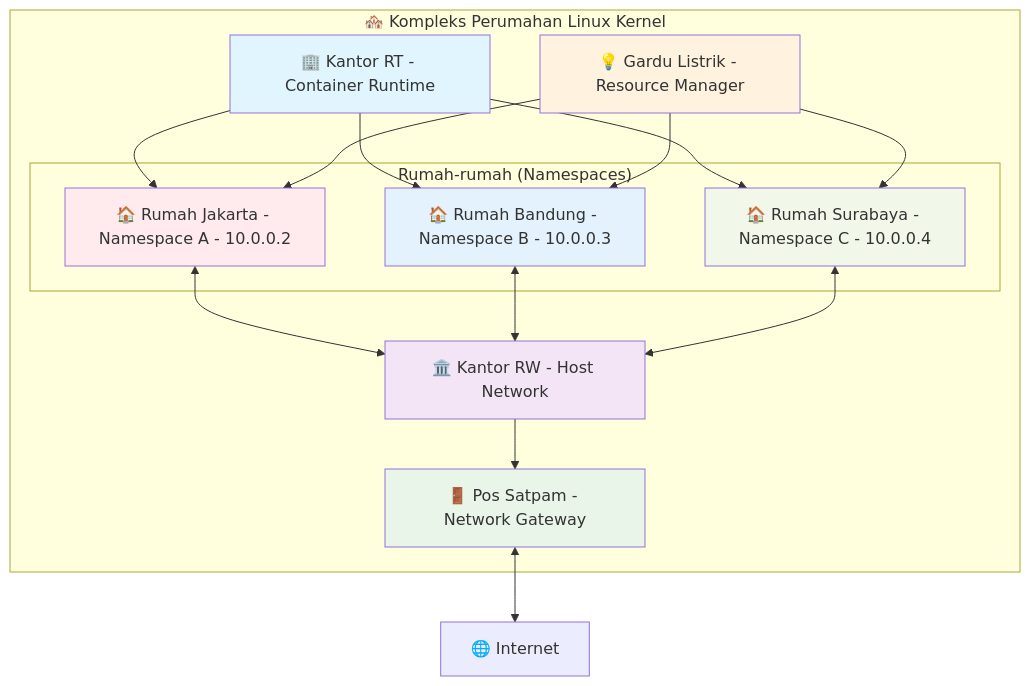
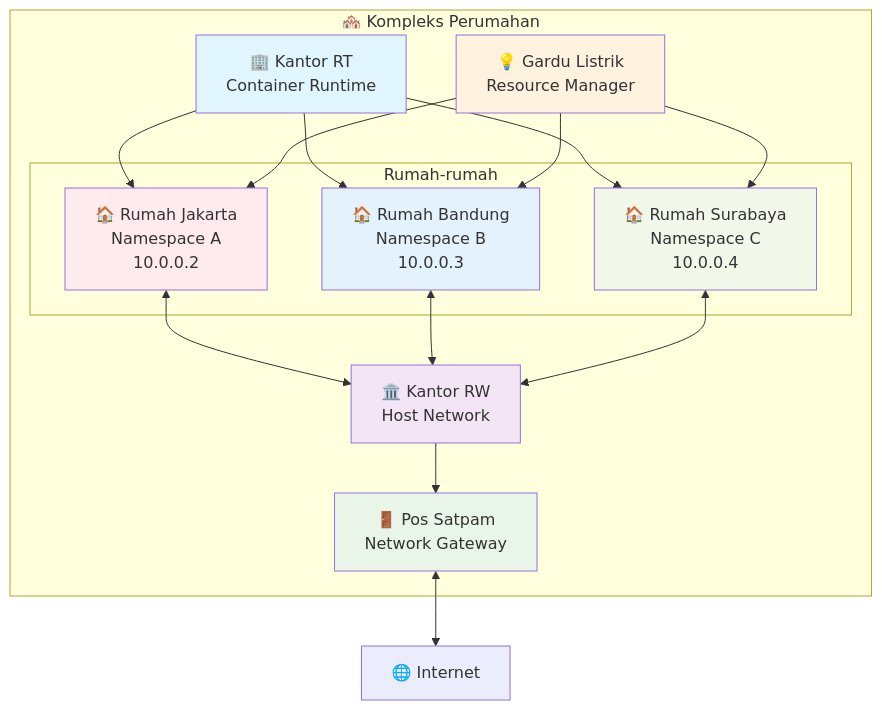
The first of 8 diagrams in docs/DIAGRAMS.md (tonidy/pak-rt), drawn with Mermaid before and after one commit. The commit also changed other lines of this file, not shown here.

First line of the commit message:
docs(diagrams): improve Mermaid diagram readability with line breaks

````diff
--- a/docs/DIAGRAMS.md
+++ b/docs/DIAGRAMS.md
@@ -16,39 +16,39 @@
 ```mermaid
 graph TB
-    subgraph "🏘️ Kompleks Perumahan Linux Kernel"
-        RT[🏢 Kantor RT - Container Runtime]
-        RW[🏛️ Kantor RW - Host Network]
-        Satpam[🚪 Pos Satpam - Network Gateway]
-        Listrik[💡 Gardu Listrik - Resource Manager]
+    subgraph "🏘️ Kompleks Perumahan"
+        RT[🏢 Kantor RT<br/>Container Runtime]
+        RW[🏛️ Kantor RW<br/>Host Network]
+        Satpam[🚪 Pos Satpam<br/>Network Gateway]
+        Listrik[💡 Gardu Listrik<br/>Resource Manager]
         
-        subgraph "Rumah-rumah (Namespaces)"
-            RumahA[🏠 Rumah Jakarta - Namespace A - 10.0.0.2]
-            RumahB[🏠 Rumah Bandung - Namespace B - 10.0.0.3]
-            RumahC[🏠 Rumah Surabaya - Namespace C - 10.0.0.4]
+        subgraph "Rumah-rumah"
+            RumahA[🏠 Rumah Jakarta<br/>Namespace A<br/>10.0.0.2]
+            RumahB[🏠 Rumah Bandung<br/>Namespace B<br/>10.0.0.3]
+            RumahC[🏠 Rumah Surabaya<br/>Namespace C<br/>10.0.0.4]
         end
         
         RT --> RumahA
         RT --> RumahB  
         RT --> RumahC
         
         RW --> Satpam
         Listrik --> RumahA
         Listrik --> RumahB
         Listrik --> RumahC
         
         RumahA <--> RW
         RumahB <--> RW
         RumahC <--> RW
     end
     
     Internet[🌐 Internet]
     Satpam <--> Internet
     
     style RT fill:#e1f5fe
     style RW fill:#f3e5f5
     style Satpam fill:#e8f5e8
     style Listrik fill:#fff3e0
     style RumahA fill:#ffebee
     style RumahB fill:#e3f2fd
     style RumahC fill:#f1f8e9
 ```
````
